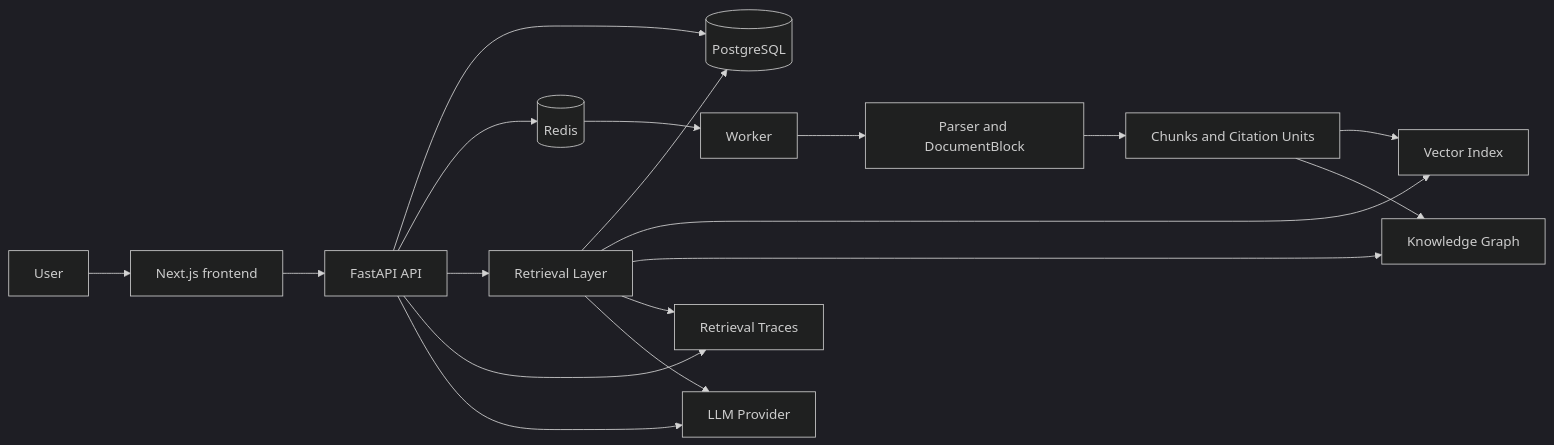
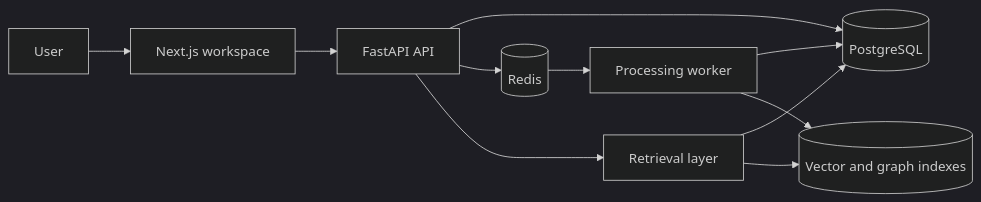
One commit to pmk915/purelink changed the first of 3 diagrams in README.md. Above: the diagram before and after it, drawn with Mermaid (dark theme). The commit also changed other lines of this file and 2 other files, not shown here.

````diff
--- a/README.md
+++ b/README.md
@@ -122,20 +54,13 @@
 ```mermaid
 flowchart LR
-    U[User] --> FE[Next.js frontend]
-    FE --> API[FastAPI API]
-    API --> PG[(PostgreSQL)]
-    API --> REDIS[(Redis)]
-    API --> RET[Retrieval Layer]
-    API --> TRACE[Retrieval Traces]
-    API --> LLM[LLM Provider]
-    REDIS --> W[Worker]
-    W --> PARSE[Parser and DocumentBlock]
-    PARSE --> CC[Chunks and Citation Units]
-    CC --> VEC[Vector Index]
-    CC --> KG[Knowledge Graph]
-    RET --> PG
-    RET --> VEC
-    RET --> KG
-    RET --> TRACE
-    RET --> LLM
+    User[User] --> Web[Next.js workspace]
+    Web --> API[FastAPI API]
+    API --> DB[(PostgreSQL)]
+    API --> Redis[(Redis)]
+    Redis --> Worker[Processing worker]
+    Worker --> DB
+    API --> Retrieval[Retrieval layer]
+    Retrieval --> DB
+    Retrieval --> Index[(Vector and graph indexes)]
+    Worker --> Index
 ```
````
